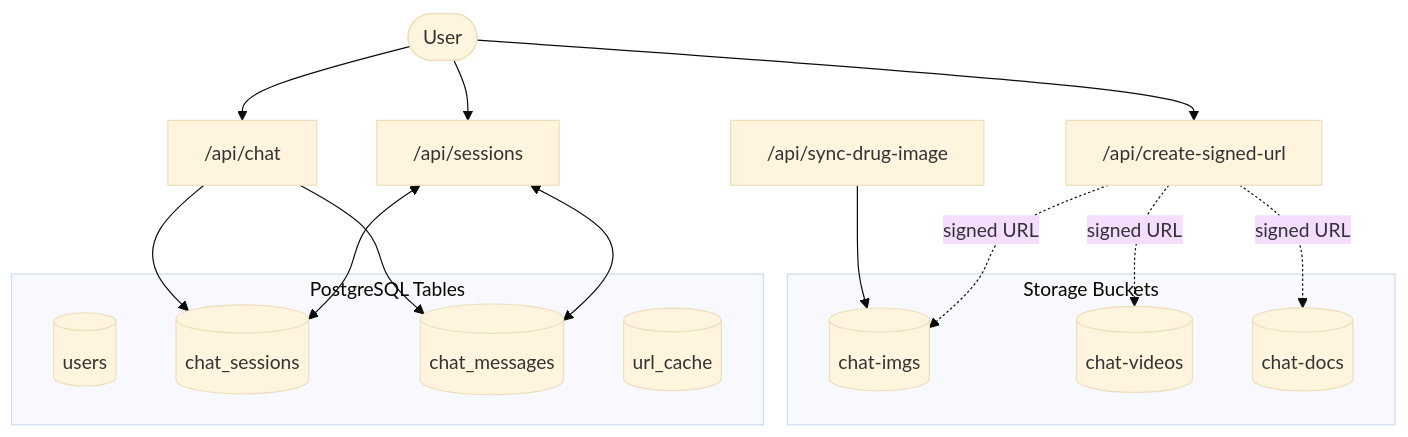
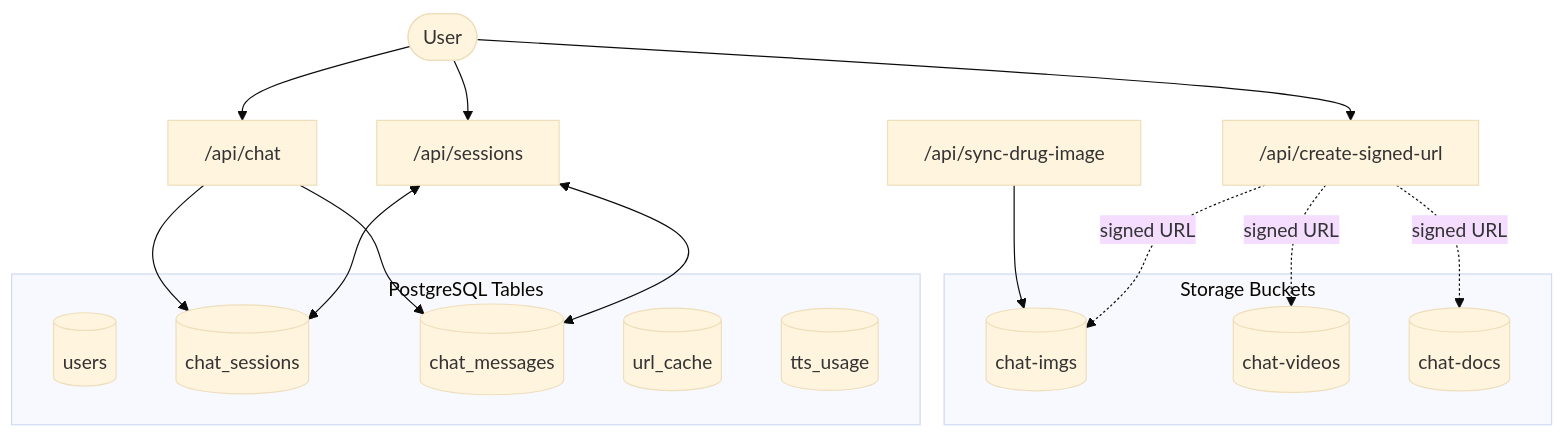
The fifth of 6 diagrams in docs/guide/REF_Architecture.md (jpjp92/chat-agent), drawn with Mermaid (base theme) before and after one commit. The commit also changed other lines of this file and 12 other files, not shown here.

````diff
--- a/docs/guide/REF_Architecture.md
+++ b/docs/guide/REF_Architecture.md
@@ -196,26 +196,27 @@
 ```mermaid
 flowchart TB
     User([User])
     SessionsAPI["/api/sessions"]
     ChatAPI["/api/chat"]
     UploadAPI["/api/create-signed-url"]
     SyncAPI["/api/sync-drug-image"]
 
     subgraph Tables ["PostgreSQL Tables"]
         Users[("users")]
         Sessions[("chat_sessions")]
         Messages[("chat_messages")]
         URLCache[("url_cache")]
+        TtsUsage[("tts_usage")]
     end
 
     subgraph Storage ["Storage Buckets"]
         Imgs[("chat-imgs")]
         Videos[("chat-videos")]
         Docs[("chat-docs")]
     end
 
     User --> SessionsAPI <--> Sessions & Messages
     User --> UploadAPI -. "signed URL" .-> Imgs & Videos & Docs
     User --> ChatAPI --> Messages & Sessions
     SyncAPI --> Imgs
 ```
````
